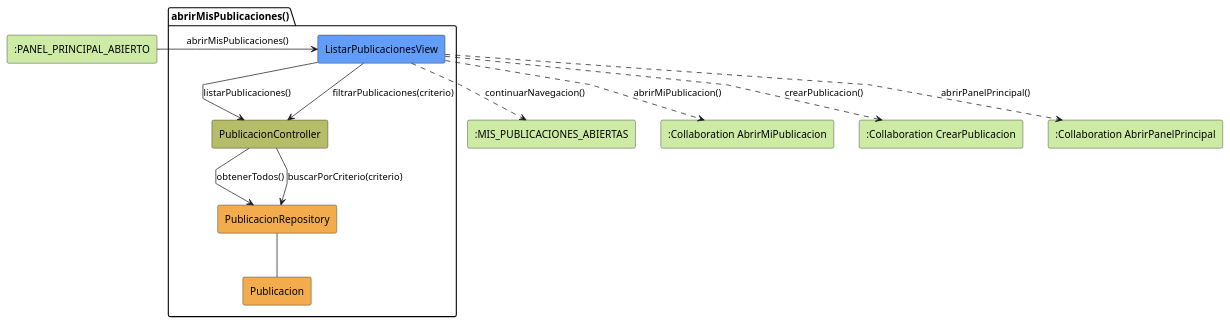
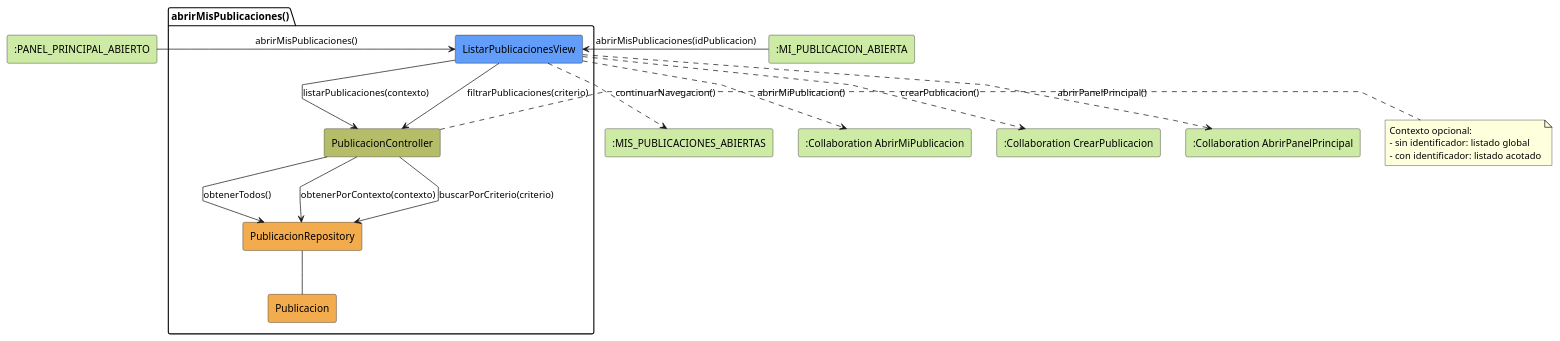
Before and after one commit to beatriizorozco/25-26-idsw2-sdVC: the diagram in RUP/01-analisis/casos-uso/coordinador/abrirMisPublicaciones/colaboracion.puml, drawn with PlantUML. The commit also changed 53 other files, not shown here.

Commit message:
feat: actualizo algunos diagramas de colaboración con la recomendación del profesor

```diff
--- a/RUP/01-analisis/casos-uso/coordinador/abrirMisPublicaciones/colaboracion.puml
+++ b/RUP/01-analisis/casos-uso/coordinador/abrirMisPublicaciones/colaboracion.puml
@@ -1,29 +1,37 @@
 @startuml abrirMisPublicaciones-analisis
 skinparam linetype polyline
 
-rectangle #CDEBA5 ":PANEL_PRINCIPAL_ABIERTO" as EstadoEntrada
+rectangle #CDEBA5 ":PANEL_PRINCIPAL_ABIERTO" as EstadoEntrada1
+rectangle #CDEBA5 ":MI_PUBLICACION_ABIERTA" as EstadoEntrada2
 package abrirMisPublicaciones as "abrirMisPublicaciones()" {
     rectangle #629EF9 ListarPublicacionesView
     rectangle #b5bd68 PublicacionController
     rectangle #F2AC4E PublicacionRepository
     rectangle #F2AC4E Publicacion
 }
 
 rectangle #CDEBA5 ":MIS_PUBLICACIONES_ABIERTAS" as EstadoSalida
 rectangle #CDEBA5 ":Collaboration AbrirMiPublicacion" as AbrirMiPublicacion
 rectangle #CDEBA5 ":Collaboration CrearPublicacion" as CrearPublicacion
 rectangle #CDEBA5 ":Collaboration AbrirPanelPrincipal" as AbrirPanelPrincipal
 
-EstadoEntrada -r-> ListarPublicacionesView: abrirMisPublicaciones()
+EstadoEntrada1 -r-> ListarPublicacionesView: abrirMisPublicaciones()
+EstadoEntrada2 -r-> ListarPublicacionesView: abrirMisPublicaciones(idPublicacion)
 
-ListarPublicacionesView -d-> PublicacionController: listarPublicaciones()
+ListarPublicacionesView -d-> PublicacionController: listarPublicaciones(contexto)
 ListarPublicacionesView --> PublicacionController: filtrarPublicaciones(criterio)
 PublicacionController --> PublicacionRepository: obtenerTodos()
+PublicacionController --> PublicacionRepository: obtenerPorContexto(contexto)
 PublicacionController --> PublicacionRepository: buscarPorCriterio(criterio)
 PublicacionRepository -- Publicacion
+note right of PublicacionController
+Contexto opcional:
+- sin identificador: listado global
+- con identificador: listado acotado
+end note
 ListarPublicacionesView ..> EstadoSalida: continuarNavegacion()
 ListarPublicacionesView ..> AbrirMiPublicacion: abrirMiPublicacion()
 ListarPublicacionesView ..> CrearPublicacion: crearPublicacion()
 ListarPublicacionesView ..> AbrirPanelPrincipal: abrirPanelPrincipal()
 
 @enduml
```
